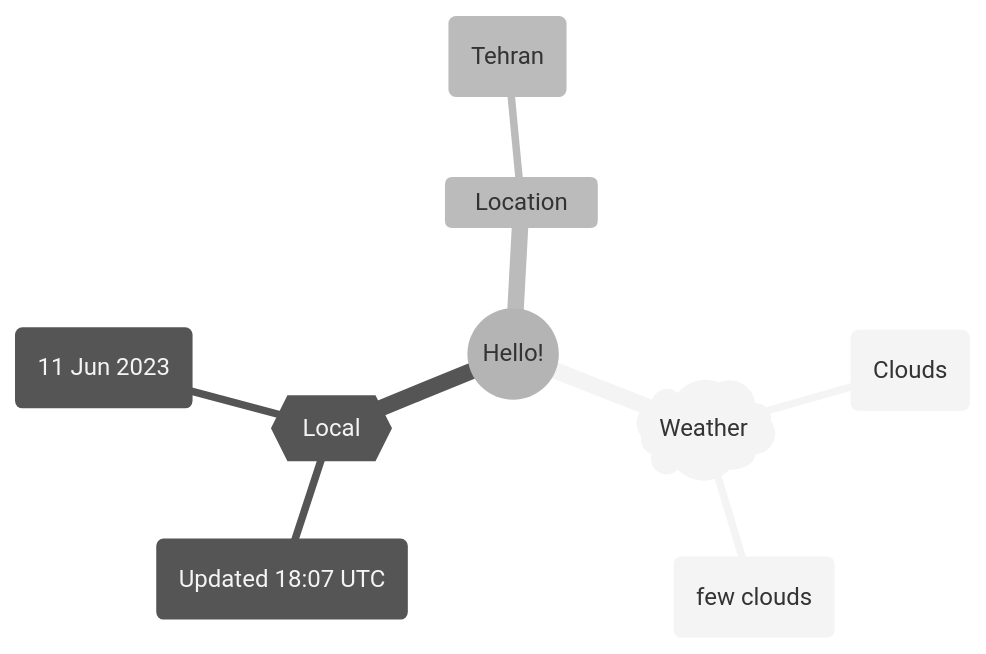
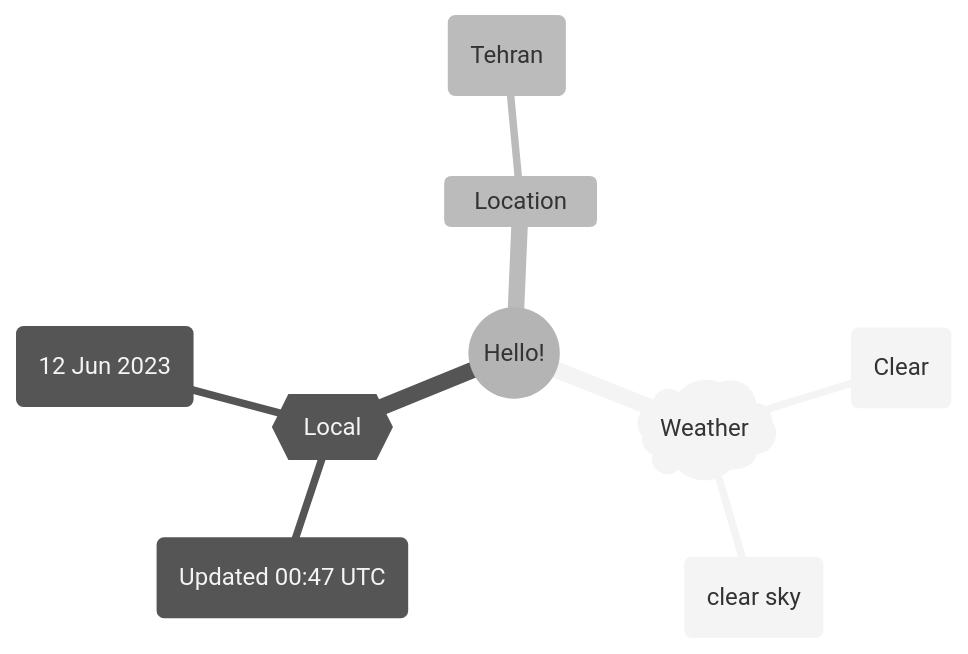
One commit to Xosrov/Xosrov changed the first of 2 diagrams in README.md. Above: the diagram before and after it, drawn with Mermaid (neutral theme).

Commit message:
[bot] updated images

````diff
--- a/README.md
+++ b/README.md
@@ -3,12 +3,12 @@
 ```mermaid
 mindmap
   root((Hello!))
     )Weather(
-        (Clouds)
-        (few clouds)
+        (Clear)
+        (clear sky)
     {{Local}}
-        (Updated 18:07 UTC)
-        (11 Jun 2023)
+        (Updated 00:47 UTC)
+        (12 Jun 2023)
     Location
         (Tehran)
 ```
````
